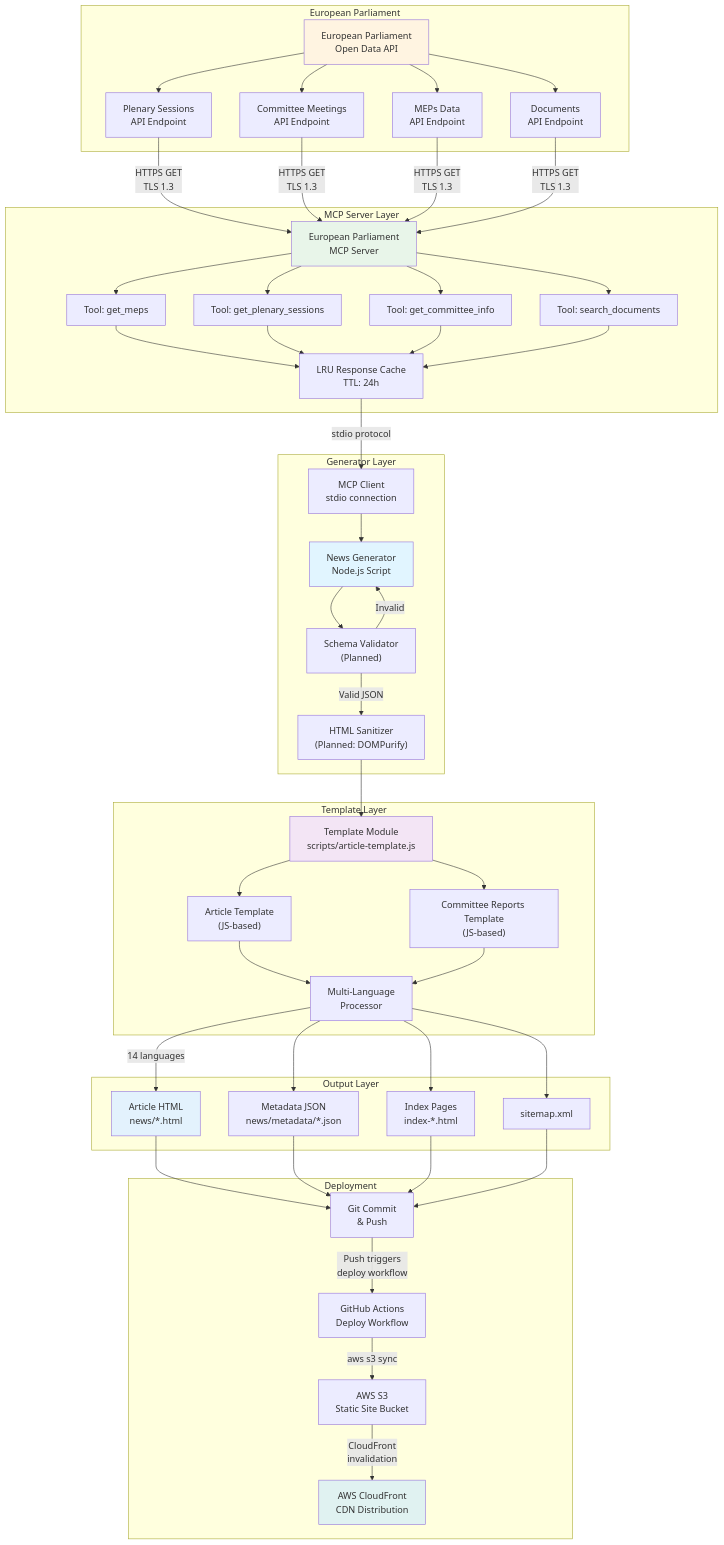
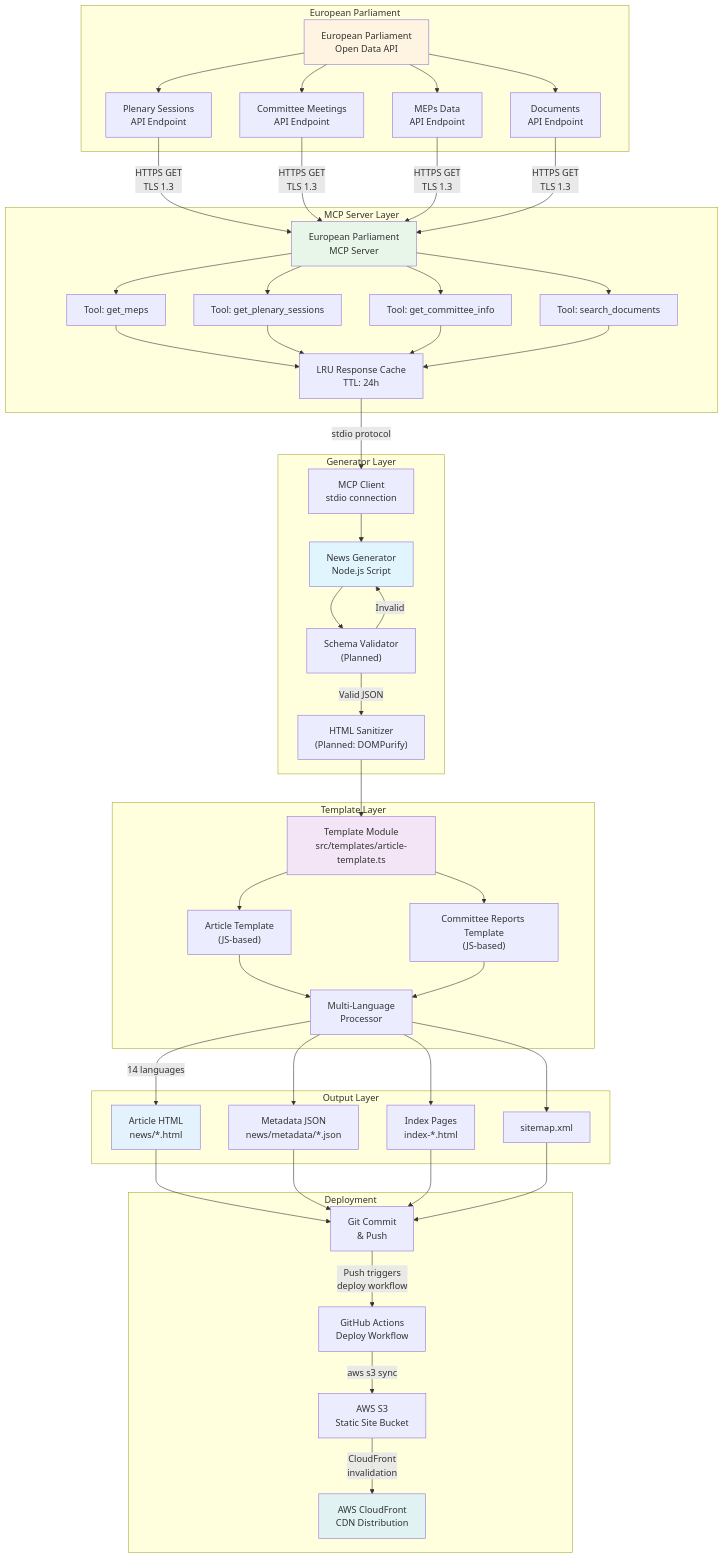
One commit to Hack23/euparliamentmonitor changed the sixth of 9 diagrams in DATA_MODEL.md. Above: the diagram before and after it, drawn with Mermaid. The commit also changed other lines of this file and 8 other files, not shown here.

```diff
--- a/DATA_MODEL.md
+++ b/DATA_MODEL.md
@@ -909,7 +909,7 @@
     end
 
     subgraph "Template Layer"
-        TEMPLATE_ENGINE["Template Module<br/>scripts/article-template.js"]
+        TEMPLATE_ENGINE["Template Module<br/>src/templates/article-template.ts"]
         TEMPLATE_WEEK["Article Template<br/>(JS-based)"]
         TEMPLATE_COMMITTEE["Committee Reports Template<br/>(JS-based)"]
         LANGUAGE_PROCESSOR["Multi-Language<br/>Processor"]
```
